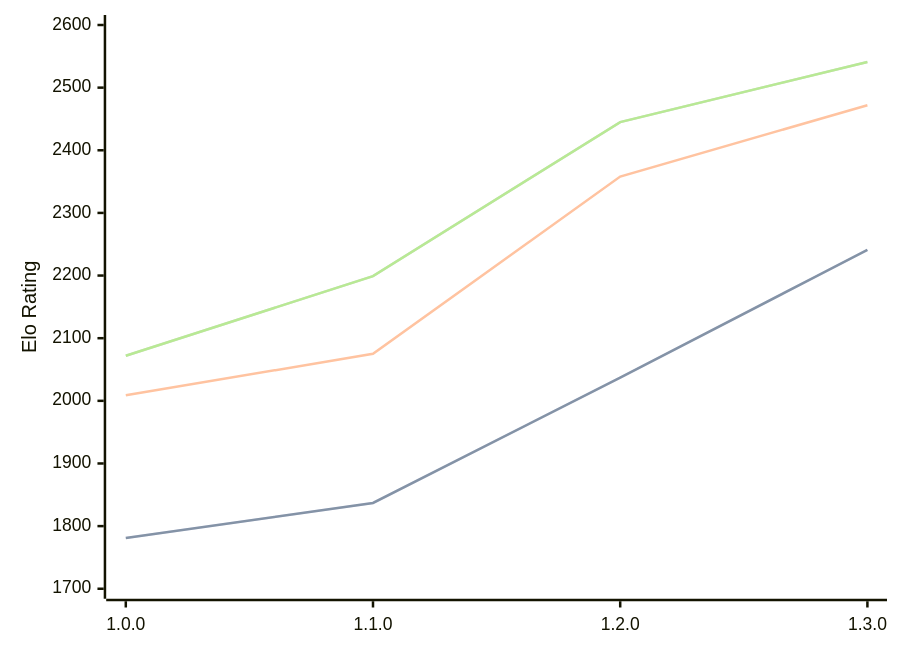
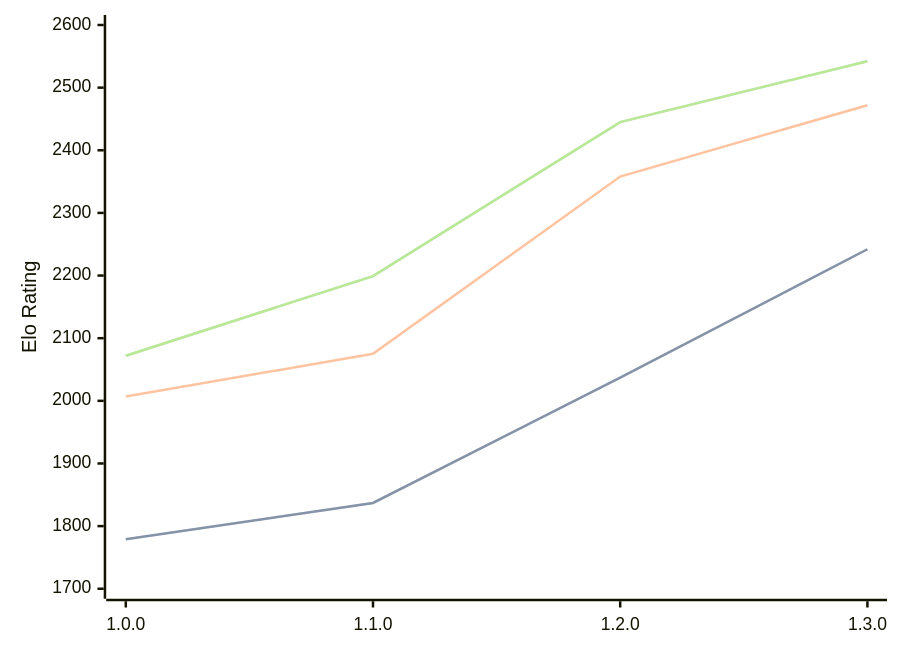
One commit to computer-chess-index/cci changed the diagram in engines/Anodos.md. Above: the diagram before and after it, drawn with Mermaid. The commit also changed other lines of this file, not shown here.

Commit message:
Update CCI Ratings (ELO VLTC) - 2026-03-06

````diff
--- a/engines/Anodos.md
+++ b/engines/Anodos.md
@@ -43,11 +43,11 @@
 ```mermaid
 %%{init: {"theme":"base","themeVariables":{"seriesColors:['#a3a3a3','#222221','#faa371']}}}%%
 xychart-beta
   x-axis ["1.0.0", "1.1.0", "1.2.0", "1.3.0"]
   y-axis "Elo Rating" 1700 --> 2600
-  line "STC (8.0+0.08s)" [1781, 1837, 2037, 2241]
-  line "STC (8.0+0.08s)" [1781, 1837, 2037, 2241]
-  line "LTC (60.0+0.60s)" [2009, 2075, 2358, 2472]
-  line "VLTC (2m24s+1.12s)" [2072, 2199, 2445, 2541]
-  line "VLTC (2m24s+1.12s)" [2072, 2199, 2445, 2541]
+  line "STC (8.0+0.08s)" [1779, 1837, 2037, 2242]
+  line "STC (8.0+0.08s)" [1779, 1837, 2037, 2242]
+  line "LTC (60.0+0.60s)" [2007, 2075, 2358, 2472]
+  line "VLTC (2m24s+1.12s)" [2072, 2199, 2445, 2542]
+  line "VLTC (2m24s+1.12s)" [2072, 2199, 2445, 2542]
 ```
````
